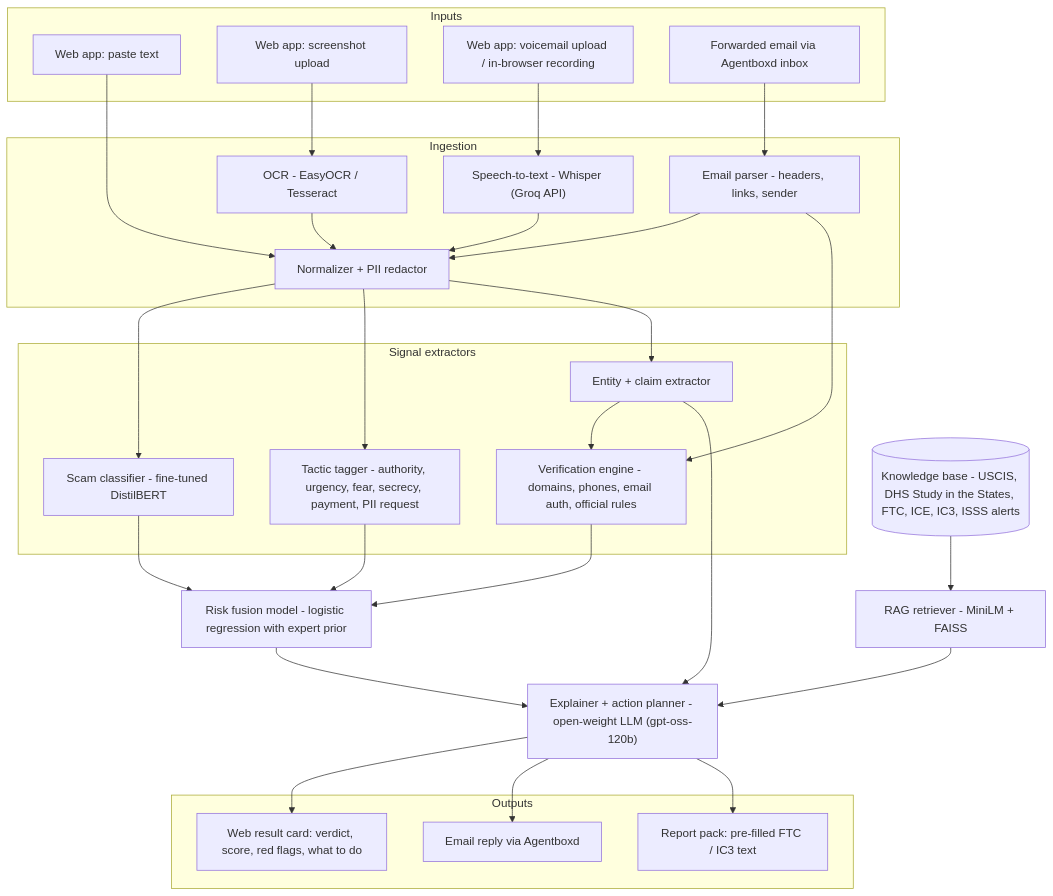
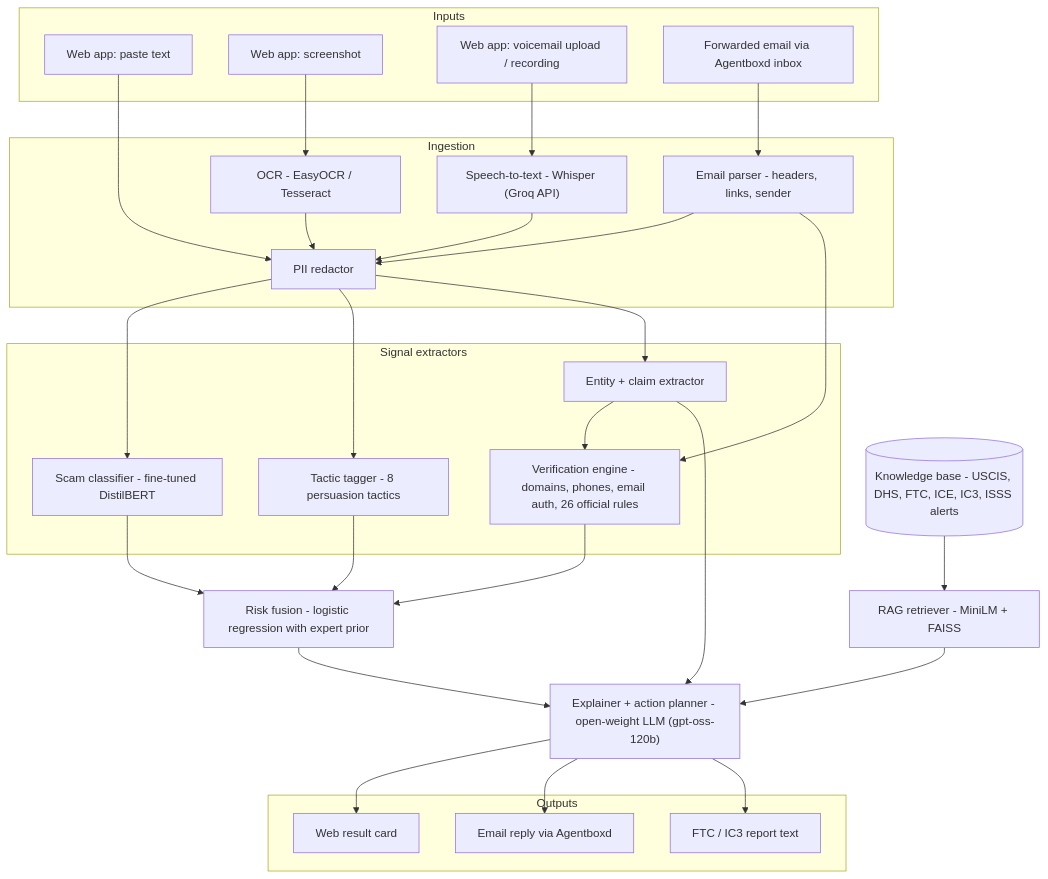
Before and after one commit to preksha2166/visashield: the first of 2 diagrams in ARCHITECTURE.md, drawn with Mermaid. The commit also changed other lines of this file and 1 other file, not shown here.

First line of the commit message:
Expand ARCHITECTURE.md into a full technical report

````diff
--- a/ARCHITECTURE.md
+++ b/ARCHITECTURE.md
@@ -23,58 +104,58 @@
 ```mermaid
 flowchart TD
     subgraph Inputs
         A1["Web app: paste text"]
-        A2["Web app: screenshot upload"]
-        A3["Web app: voicemail upload / in-browser recording"]
+        A2["Web app: screenshot"]
+        A3["Web app: voicemail upload / recording"]
         A4["Forwarded email via Agentboxd inbox"]
     end
 
     subgraph Ingestion
         B1["OCR - EasyOCR / Tesseract"]
         B2["Speech-to-text - Whisper (Groq API)"]
         B3["Email parser - headers, links, sender"]
-        B4["Normalizer + PII redactor"]
+        B4["PII redactor"]
     end
 
     A2 --> B1 --> B4
     A3 --> B2 --> B4
     A4 --> B3 --> B4
     A1 --> B4
 
     subgraph Signals["Signal extractors"]
         C1["Scam classifier - fine-tuned DistilBERT"]
-        C2["Tactic tagger - authority, urgency, fear, secrecy, payment, PII request"]
+        C2["Tactic tagger - 8 persuasion tactics"]
         C3["Entity + claim extractor"]
-        C4["Verification engine - domains, phones, email auth, official rules"]
+        C4["Verification engine - domains, phones, email auth, 26 official rules"]
     end
 
     B4 --> C1
     B4 --> C2
     B4 --> C3
     C3 --> C4
     B3 --> C4
 
-    D1["Risk fusion model - logistic regression with expert prior"]
+    D1["Risk fusion - logistic regression with expert prior"]
     C1 --> D1
     C2 --> D1
     C4 --> D1
 
-    E0[("Knowledge base - USCIS, DHS Study in the States, FTC, ICE, IC3, ISSS alerts")]
+    E0[("Knowledge base - USCIS, DHS, FTC, ICE, IC3, ISSS alerts")]
     E1["RAG retriever - MiniLM + FAISS"]
     E0 --> E1
 
     F1["Explainer + action planner - open-weight LLM (gpt-oss-120b)"]
     D1 --> F1
     E1 --> F1
     C3 --> F1
 
     subgraph Outputs
-        G1["Web result card: verdict, score, red flags, what to do"]
+        G1["Web result card"]
         G2["Email reply via Agentboxd"]
-        G3["Report pack: pre-filled FTC / IC3 text"]
+        G3["FTC / IC3 report text"]
     end
 
     F1 --> G1
     F1 --> G2
     F1 --> G3
 ```
````
